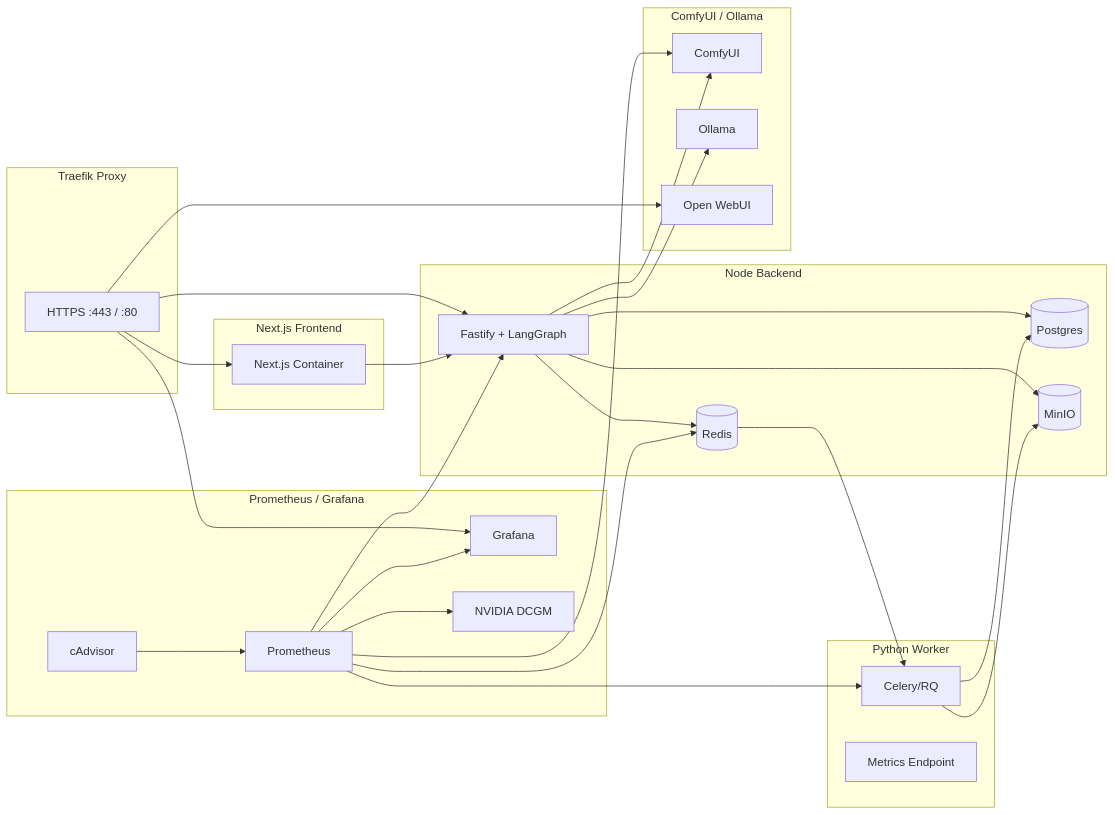
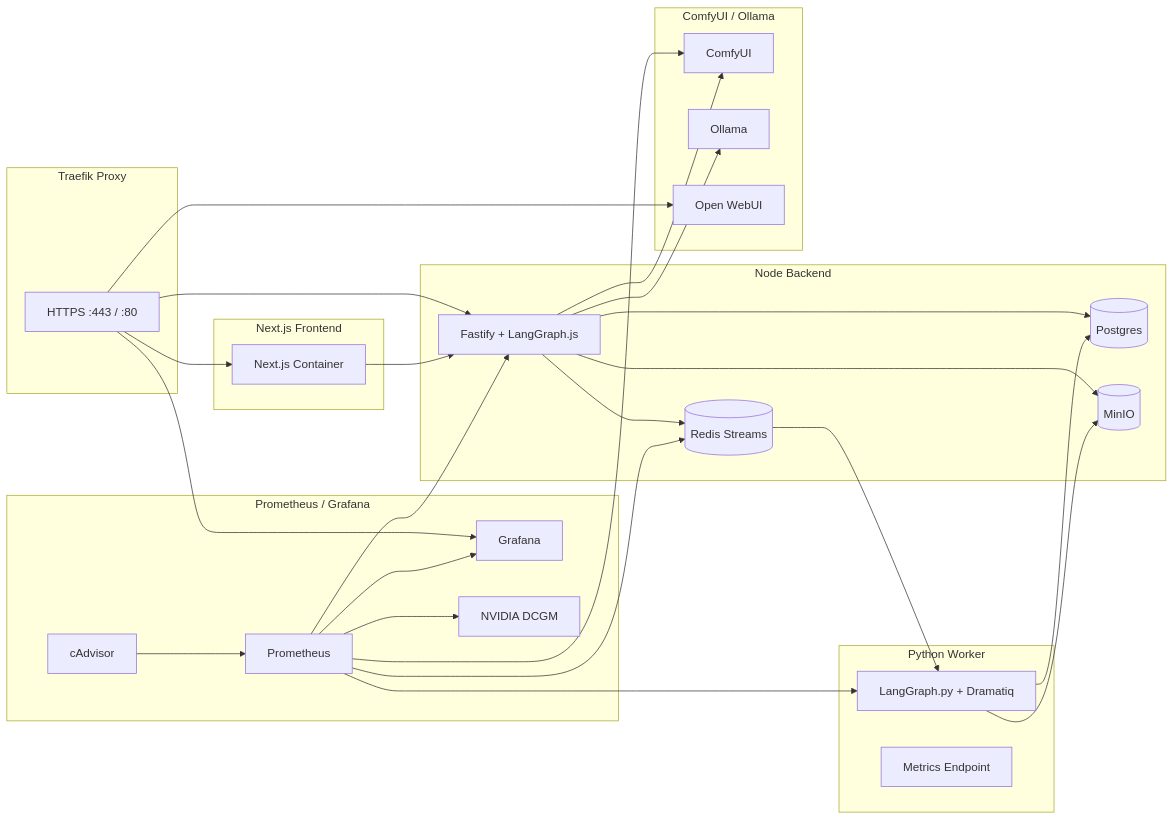
Before and after one commit to ktzevani/myspinbot: the first of 2 diagrams in docs/04_modular_breakdown.md, drawn with Mermaid. The commit also changed other lines of this file and 6 other files, not shown here.

Commit message:
Revised project architecture. Introduces new architecture with a double LangGraph orchestration (cross runtime), Redis Streams insteadn of BullMQ and Dramatiq instead of Celery.

````diff
--- a/docs/04_modular_breakdown.md
+++ b/docs/04_modular_breakdown.md
@@ -24,58 +24,58 @@
 ```mermaid
 flowchart LR
     subgraph Traefik[Traefik Proxy]
         T[HTTPS :443 / :80]
     end
 
     subgraph Frontend[Next.js Frontend]
         UI[Next.js Container]
     end
 
     subgraph Backend[Node Backend]
-        API[Fastify + LangGraph]
-        RedisQ[(Redis)]
+        API[Fastify + LangGraph.js]
+        REDIS[(Redis Streams)]
         PG[(Postgres)]
         S3[(MinIO)]
     end
 
     subgraph GPUWorker[Python Worker]
-        Worker[Celery/RQ]
+        Worker[LangGraph.py + Dramatiq]
         FastAPI[Metrics Endpoint]
     end
 
     subgraph AI[ComfyUI / Ollama]
         CU[ComfyUI]
         OL[Ollama]
         OW[Open WebUI]
     end
 
     subgraph Monitoring[Prometheus / Grafana]
         PR[Prometheus]
         GF[Grafana]
         CA[cAdvisor]
         NV[NVIDIA DCGM]
     end
 
     T --> UI
     T --> API
     T --> OW
     T --> GF
 
     UI --> API
-    API --> RedisQ
+    API --> REDIS
     API --> PG
     API --> S3
     API --> CU
     API --> OL
-    RedisQ --> Worker
+    REDIS --> Worker
     Worker --> S3
     Worker --> PG
 
     PR --> GF
     PR --> API
     PR --> Worker
-    PR --> RedisQ
+    PR --> REDIS
     PR --> CU
     PR --> NV
     CA --> PR
 ```
````
